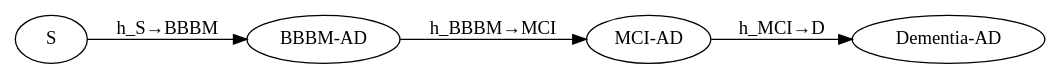
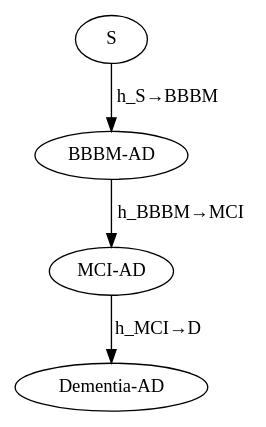
The diagram in docs/source/models/causes/alzheimers/preclinical_and_mci_gbd_2023/index.rst (ihmeuw/vivarium_research), drawn with Graphviz before and after one commit. The commit also changed 1 other file, not shown here.

Commit message:
Compact two wide Alzheimer's graphviz diagrams added upstream
Convert the preclinical/MCI progression chain to a vertical layout and
wrap the long state and edge labels in the hypothetical treatment state
diagram (1400pt -> 870pt wide), matching the vertical-layout cleanup
applied to the other cause model diagrams on this branch.

Claude-Session: https://claude.ai/code/session_01VxcEra3vQ4c7XYEqqMappG

```diff
--- a/docs/source/models/causes/alzheimers/preclinical_and_mci_gbd_2023/index.rst
+++ b/docs/source/models/causes/alzheimers/preclinical_and_mci_gbd_2023/index.rst
@@ -154,11 +154,10 @@
 .. graphviz::
 
   digraph AlzheimersDisease {
-    rankdir=LR;
     bbbm [label="BBBM-AD"]
     mci [label="MCI-AD"]
     ad [label="Dementia-AD"]
     S -> bbbm [label="h_S→BBBM"]
     bbbm -> mci [label="h_BBBM→MCI"]
     mci -> ad [label="h_MCI→D"]
   }
```
